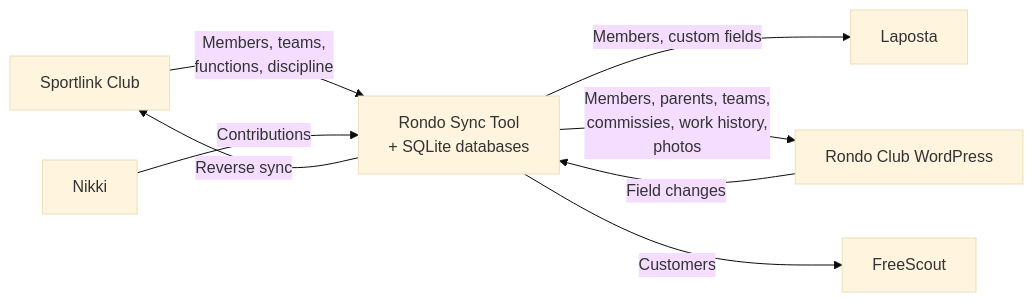
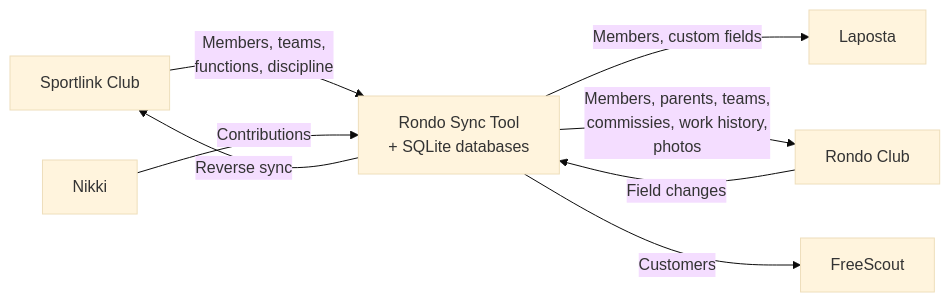
The diagram in src/content/docs/sync/architecture.md (RondoHQ/developer), drawn with Mermaid (base theme) before and after one commit. The commit also changed other lines of this file and 12 other files, not shown here.

First line of the commit message:
docs(sync): rename stadion references to rondo_club across all sync docs

````diff
--- a/src/content/docs/sync/architecture.md
+++ b/src/content/docs/sync/architecture.md
@@ -9,17 +9,17 @@
 ```mermaid
 graph LR
     SL[Sportlink Club]
     NK[Nikki]
     SYNC[Rondo Sync Tool<br>+ SQLite databases]
-    ST[Rondo Club WordPress]
+    ST[Rondo Club]
     LP[Laposta]
     FS[FreeScout]
 
     SL -->|Members, teams,<br>functions, discipline| SYNC
     NK -->|Contributions| SYNC
     SYNC -->|Members, custom fields| LP
     SYNC -->|Members, parents, teams,<br>commissies, work history,<br>photos| ST
     SYNC -->|Customers| FS
     ST -->|Field changes| SYNC
     SYNC -->|Reverse sync| SL
 ```
````
